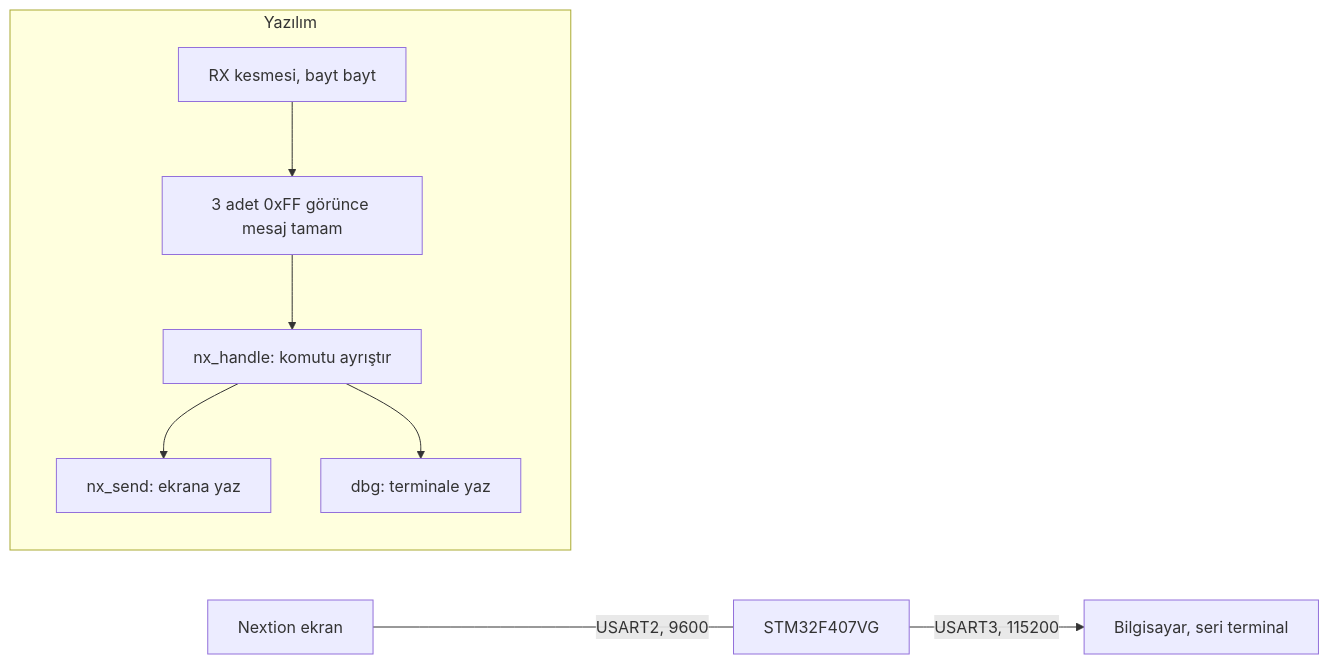
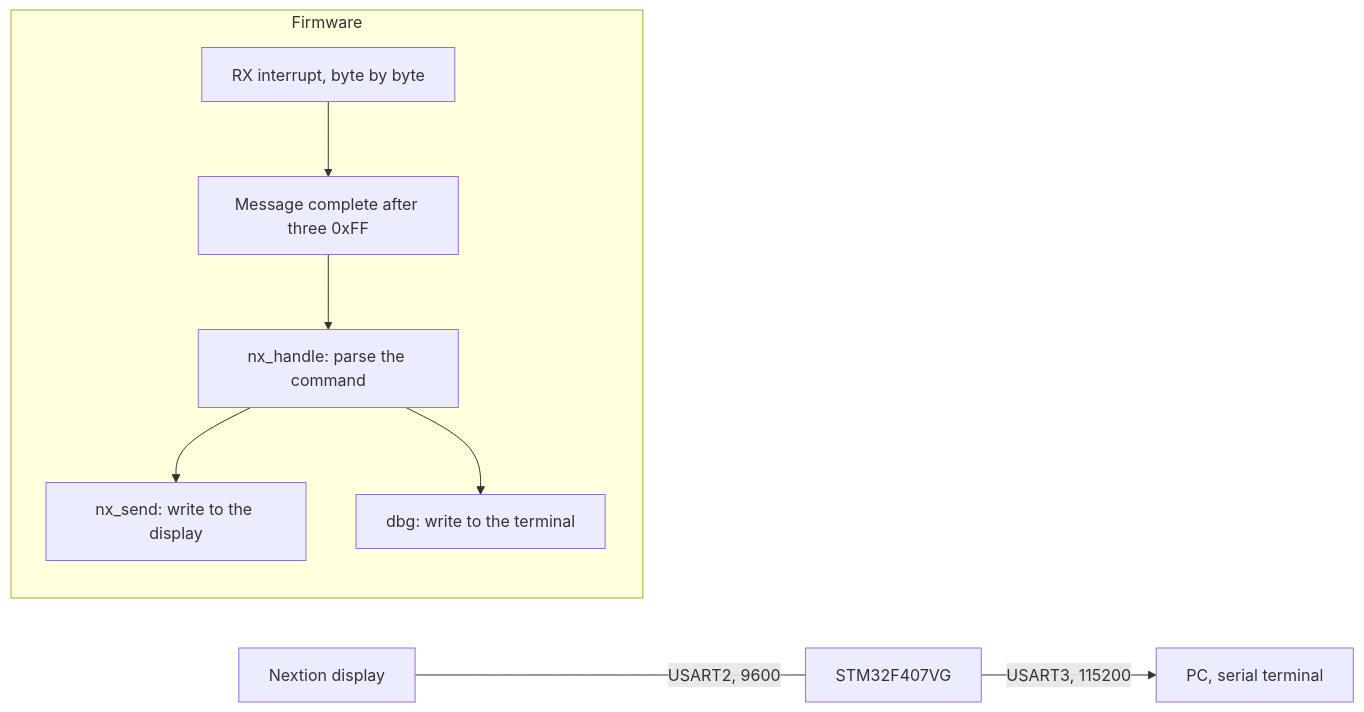
Before and after one commit to meyubcan/stm32-nextion-hmi-uart: the diagram in README.md, drawn with Mermaid. The commit also changed other lines of this file and 1 other file, not shown here.

````diff
--- a/README.md
+++ b/README.md
@@ -11,11 +15,11 @@
 ```mermaid
 flowchart LR
-    NX[Nextion ekran] -- "USART2, 9600" --- MCU[STM32F407VG]
-    MCU -- "USART3, 115200" --> PC[Bilgisayar, seri terminal]
-    subgraph SW[Yazılım]
-        RX[RX kesmesi, bayt bayt] --> FR[3 adet 0xFF görünce mesaj tamam]
-        FR --> PARSE[nx_handle: komutu ayrıştır]
-        PARSE --> TX[nx_send: ekrana yaz]
-        PARSE --> LOG[dbg: terminale yaz]
+    NX[Nextion display] -- "USART2, 9600" --- MCU[STM32F407VG]
+    MCU -- "USART3, 115200" --> PC[PC, serial terminal]
+    subgraph SW[Firmware]
+        RX[RX interrupt, byte by byte] --> FR[Message complete after three 0xFF]
+        FR --> PARSE[nx_handle: parse the command]
+        PARSE --> TX[nx_send: write to the display]
+        PARSE --> LOG[dbg: write to the terminal]
     end
 ```
````
